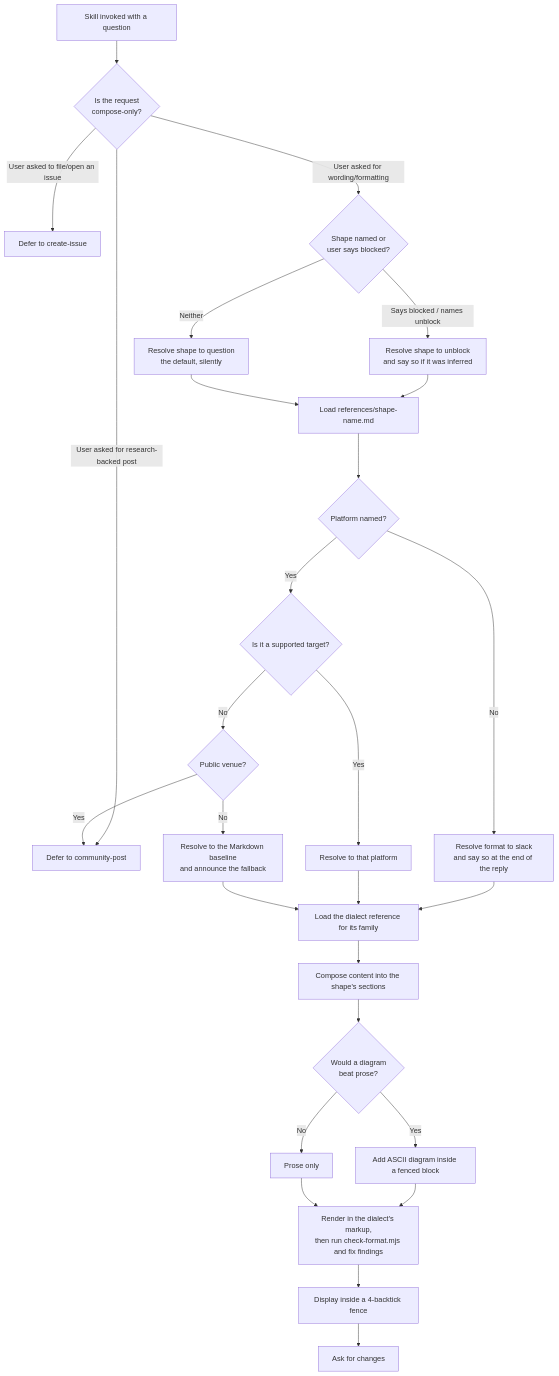
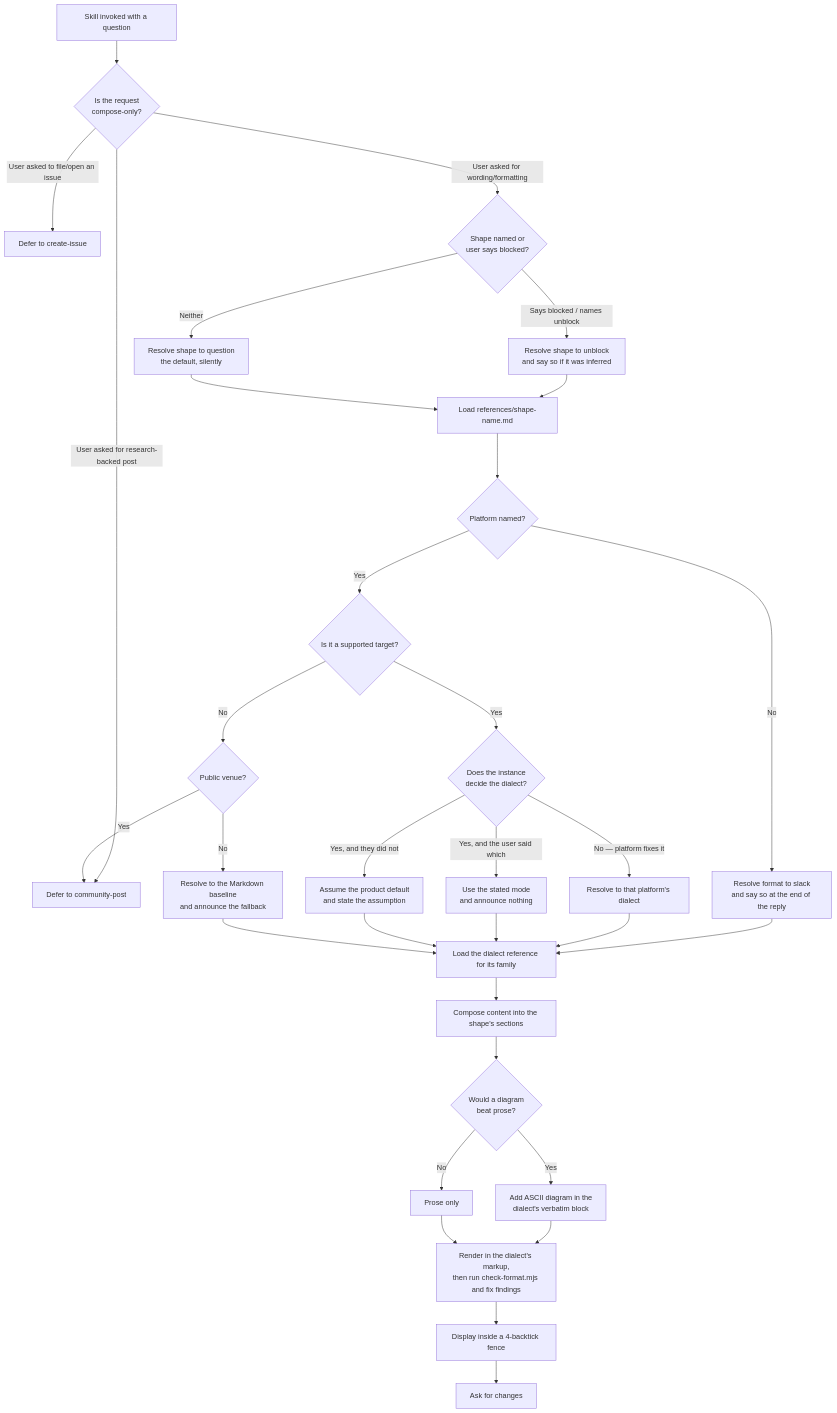
One commit to repobuddy/repobuddy changed the first of 2 diagrams in .agents/spec/agent-skills/to-question/README.md. Above: the diagram before and after it, drawn with Mermaid. The commit also changed other lines of this file and 3 other files, not shown here.

````diff
--- a/.agents/spec/agent-skills/to-question/README.md
+++ b/.agents/spec/agent-skills/to-question/README.md
@@ -212,29 +268,34 @@
 ```mermaid
 graph TD
     A[Skill invoked with a question] --> B{Is the request<br/>compose-only?}
     B -->|User asked to file/open an issue| C[Defer to create-issue]
     B -->|User asked for research-backed post| D[Defer to community-post]
     B -->|User asked for wording/formatting| S1{Shape named or<br/>user says blocked?}
     S1 -->|Says blocked / names unblock| S2[Resolve shape to unblock<br/>and say so if it was inferred]
     S1 -->|Neither| S3[Resolve shape to question<br/>the default, silently]
     S2 --> S4[Load references/shape-name.md]
     S3 --> S4
     S4 --> E{Platform named?}
     E -->|No| F[Resolve format to slack<br/>and say so at the end of the reply]
     E -->|Yes| G{Is it a supported target?}
-    G -->|Yes| G1[Resolve to that platform]
+    G -->|Yes| G1{Does the instance<br/>decide the dialect?}
     G -->|No| G0{Public venue?}
     G0 -->|Yes| D
     G0 -->|No| G2[Resolve to the Markdown baseline<br/>and announce the fallback]
+    G1 -->|No — platform fixes it| G3[Resolve to that platform's dialect]
+    G1 -->|Yes, and the user said which| G4[Use the stated mode<br/>and announce nothing]
+    G1 -->|Yes, and they did not| G5[Assume the product default<br/>and state the assumption]
     F --> H[Load the dialect reference for its family]
-    G1 --> H
+    G3 --> H
+    G4 --> H
+    G5 --> H
     G2 --> H
     H --> I[Compose content into the shape's sections]
     I --> J{Would a diagram<br/>beat prose?}
-    J -->|Yes| K[Add ASCII diagram inside a fenced block]
+    J -->|Yes| K[Add ASCII diagram in the<br/>dialect's verbatim block]
     J -->|No| L[Prose only]
     K --> M[Render in the dialect's markup,<br/>then run check-format.mjs and fix findings]
     L --> M
     M --> N[Display inside a 4-backtick fence]
     N --> O[Ask for changes]
 ```
````
